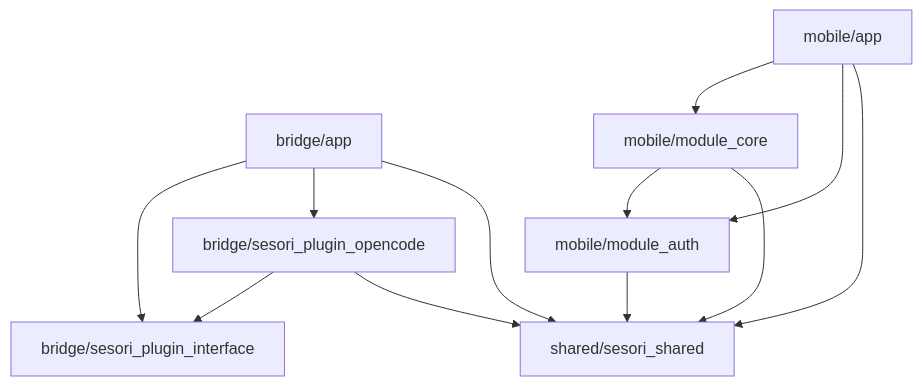
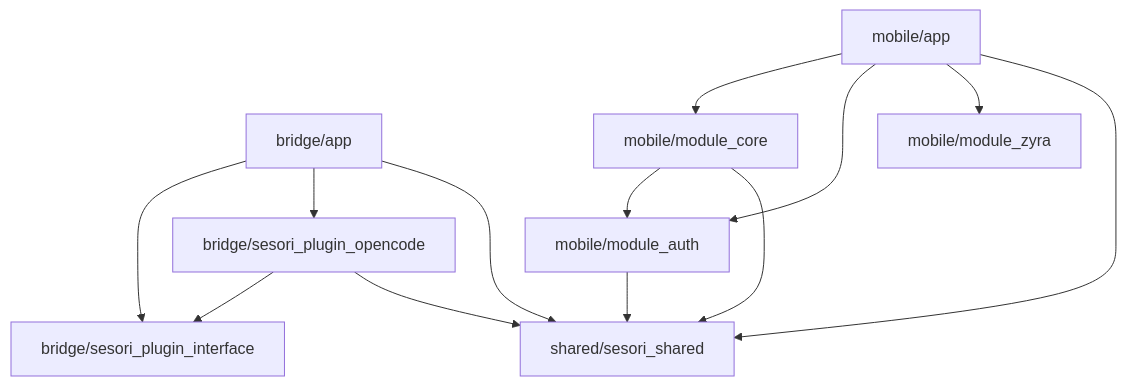
One commit to sesori-ai/sesori_apps_monorepo changed the first of 2 diagrams in README.md. Above: the diagram before and after it, drawn with Mermaid. The commit also changed other lines of this file, not shown here.

````diff
--- a/README.md
+++ b/README.md
@@ -41,14 +43,15 @@
 ```mermaid
 graph TD
   bridge_app[bridge/app] --> sesori_plugin_interface[bridge/sesori_plugin_interface]
   bridge_app --> sesori_plugin_opencode[bridge/sesori_plugin_opencode]
   bridge_app --> sesori_shared[shared/sesori_shared]
   sesori_plugin_opencode --> sesori_plugin_interface
   sesori_plugin_opencode --> sesori_shared
   mobile_app[mobile/app] --> module_core[mobile/module_core]
   mobile_app --> module_auth[mobile/module_auth]
+  mobile_app --> module_zyra[mobile/module_zyra]
   mobile_app --> sesori_shared
   module_core --> module_auth
   module_core --> sesori_shared
   module_auth --> sesori_shared
 ```
````
